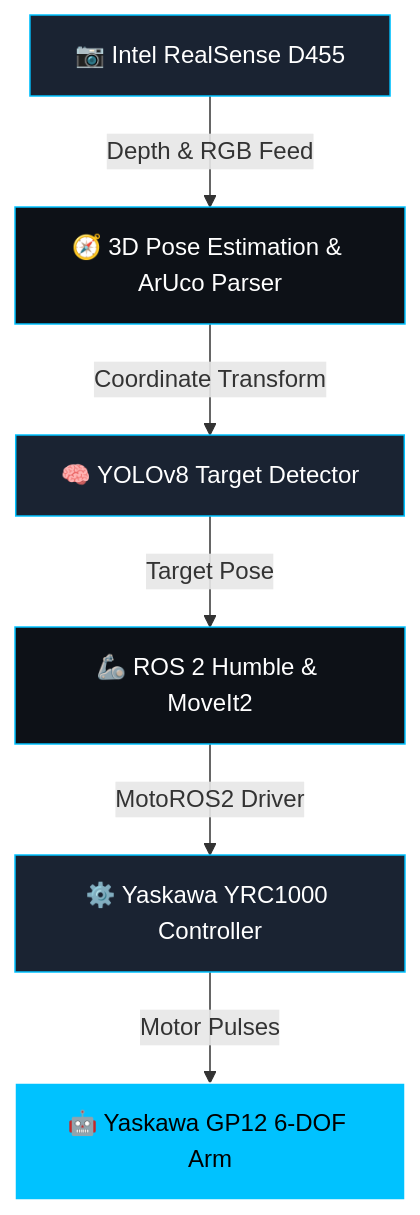
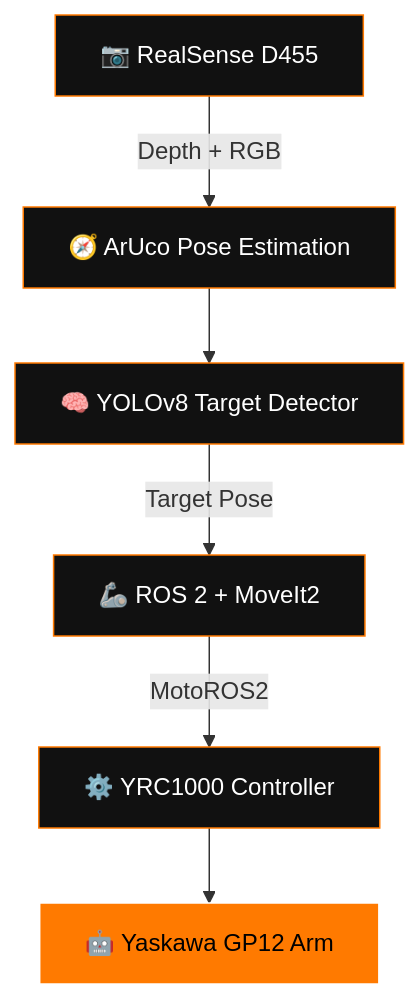
One commit to ombhagwat18/ombhagwat18 changed the second of 2 diagrams in README.md. Above: the diagram before and after it, drawn with Mermaid. The commit also changed other lines of this file and 1 other file, not shown here.

````diff
--- a/README.md
+++ b/README.md
@@ -141,15 +133,14 @@
 ```mermaid
 graph TD
-    A[📷 Intel RealSense D455] -->|Depth & RGB Feed| B[🧭 3D Pose Estimation & ArUco Parser]
-    B -->|Coordinate Transform| C[🧠 YOLOv8 Target Detector]
-    C -->|Target Pose| D[🦾 ROS 2 Humble & MoveIt2]
-    D -->|MotoROS2 Driver| E[⚙️ Yaskawa YRC1000 Controller]
-    E -->|Motor Pulses| F[🤖 Yaskawa GP12 6-DOF Arm]
-
-    style A fill:#1A2332,stroke:#00C2FF,color:#fff
-    style B fill:#0D1117,stroke:#00C2FF,color:#fff
-    style C fill:#1A2332,stroke:#00C2FF,color:#fff
-    style D fill:#0D1117,stroke:#00C2FF,color:#fff
-    style E fill:#1A2332,stroke:#00C2FF,color:#fff
-    style F fill:#00C2FF,stroke:#fff,color:#000
+    A[📷 RealSense D455] -->|Depth + RGB| B[🧭 ArUco Pose Estimation]
+    B --> C[🧠 YOLOv8 Target Detector]
+    C -->|Target Pose| D[🦾 ROS 2 + MoveIt2]
+    D -->|MotoROS2| E[⚙️ YRC1000 Controller]
+    E --> F[🤖 Yaskawa GP12 Arm]
+    style A fill:#111,stroke:#FF7A00,color:#fff
+    style B fill:#111,stroke:#FF7A00,color:#fff
+    style C fill:#111,stroke:#FF7A00,color:#fff
+    style D fill:#111,stroke:#FF7A00,color:#fff
+    style E fill:#111,stroke:#FF7A00,color:#fff
+    style F fill:#FF7A00,stroke:#fff,color:#000
 ```
````
